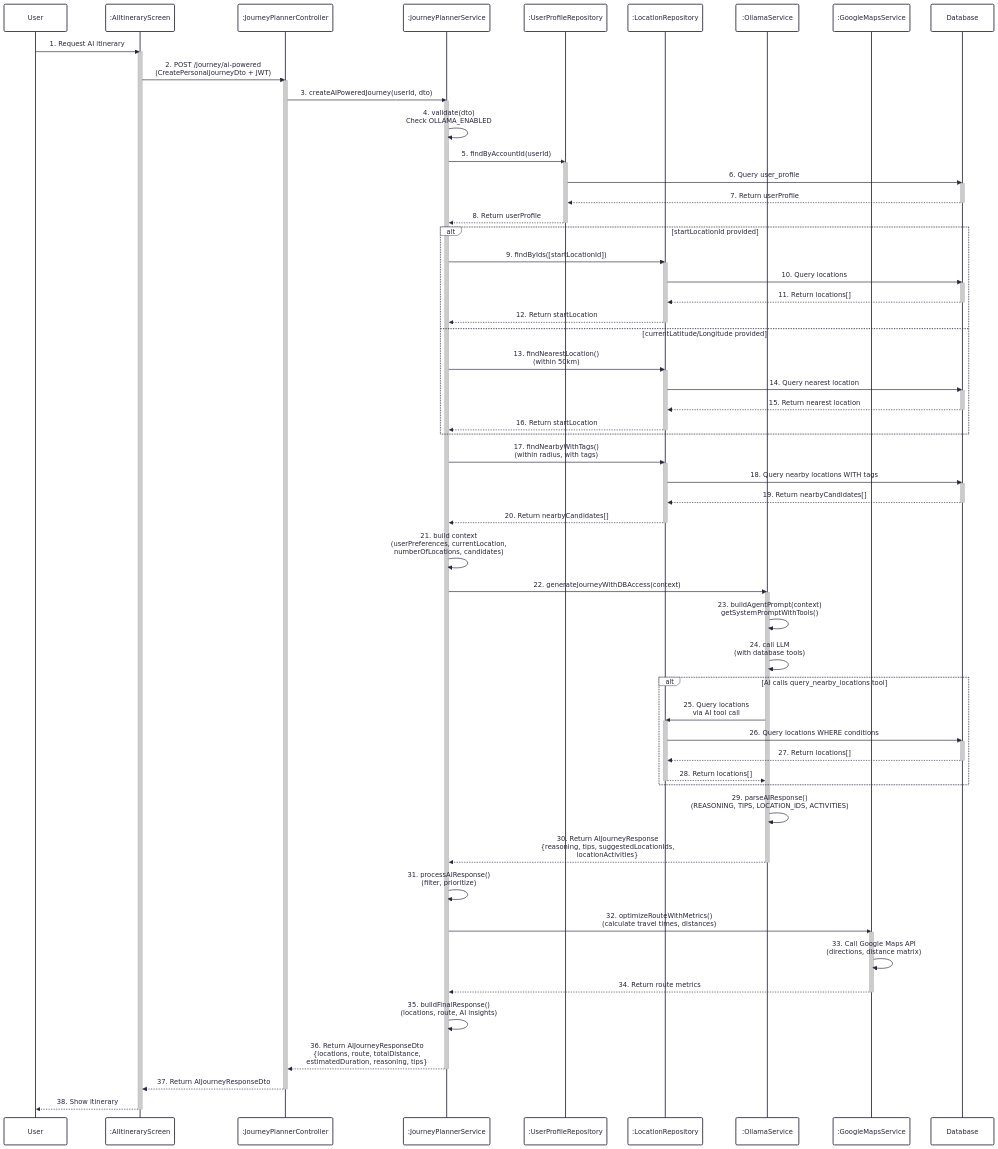
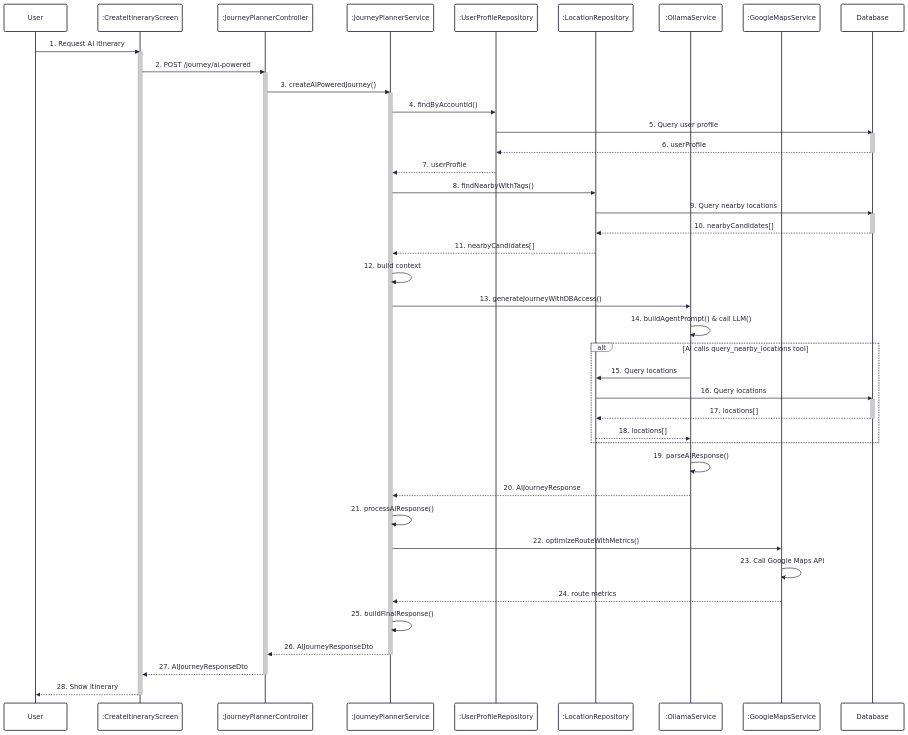
One commit to UrbanLens-2025/urban-lens_server changed the first of 2 diagrams in docs/sequence/19-ai-create-itinerary.md. Above: the diagram before and after it, drawn with Mermaid. The commit also changed 8 other files, not shown here.

First line of the commit message:
Add database descriptions and update sequence diagrams for user interactions

````diff
--- a/docs/sequence/19-ai-create-itinerary.md
+++ b/docs/sequence/19-ai-create-itinerary.md
@@ -6,7 +6,7 @@
 ---
 sequenceDiagram
     participant User
-    participant AIItineraryScreen as :AIItineraryScreen
+    participant Screen as :CreateItineraryScreen
     participant JourneyController as :JourneyPlannerController
     participant JourneyService as :JourneyPlannerService
     participant UserProfileRepo as :UserProfileRepository
@@ -15,93 +15,56 @@
     participant GoogleMapsService as :GoogleMapsService
     participant Database
 
-    User->>AIItineraryScreen: 1. Request AI itinerary
-    activate AIItineraryScreen
-    AIItineraryScreen->>JourneyController: 2. POST /journey/ai-powered<br/>(CreatePersonalJourneyDto + JWT)
+    User->>Screen: 1. Request AI itinerary
+    activate Screen
+    Screen->>JourneyController: 2. POST /journey/ai-powered
     activate JourneyController
-    JourneyController->>JourneyService: 3. createAIPoweredJourney(userId, dto)
+    JourneyController->>JourneyService: 3. createAIPoweredJourney()
     activate JourneyService
 
-    JourneyService->>JourneyService: 4. validate(dto)<br/>Check OLLAMA_ENABLED
+    JourneyService->>UserProfileRepo: 4. findByAccountId()
+    UserProfileRepo->>Database: 5. Query user profile
+    activate Database
+    Database-->>UserProfileRepo: 6. userProfile
+    deactivate Database
+    UserProfileRepo-->>JourneyService: 7. userProfile
 
-    JourneyService->>UserProfileRepo: 5. findByAccountId(userId)
-    activate UserProfileRepo
-    UserProfileRepo->>Database: 6. Query user_profile
+    JourneyService->>LocationRepo: 8. findNearbyWithTags()
+    LocationRepo->>Database: 9. Query nearby locations
     activate Database
-    Database-->>UserProfileRepo: 7. Return userProfile
+    Database-->>LocationRepo: 10. nearbyCandidates[]
     deactivate Database
-    UserProfileRepo-->>JourneyService: 8. Return userProfile
-    deactivate UserProfileRepo
+    LocationRepo-->>JourneyService: 11. nearbyCandidates[]
 
-    alt startLocationId provided
-        JourneyService->>LocationRepo: 9. findByIds([startLocationId])
-        activate LocationRepo
-        LocationRepo->>Database: 10. Query locations
+    JourneyService->>JourneyService: 12. build context
+
+    JourneyService->>OllamaService: 13. generateJourneyWithDBAccess()
+    OllamaService->>OllamaService: 14. buildAgentPrompt() & call LLM()
+
+    alt AI calls query_nearby_locations tool
+        OllamaService->>LocationRepo: 15. Query locations
+        LocationRepo->>Database: 16. Query locations
         activate Database
-        Database-->>LocationRepo: 11. Return locations[]
+        Database-->>LocationRepo: 17. locations[]
         deactivate Database
-        LocationRepo-->>JourneyService: 12. Return startLocation
-        deactivate LocationRepo
-    else currentLatitude/Longitude provided
-        JourneyService->>LocationRepo: 13. findNearestLocation()<br/>(within 50km)
-        activate LocationRepo
-        LocationRepo->>Database: 14. Query nearest location
-        activate Database
-        Database-->>LocationRepo: 15. Return nearest location
-        deactivate Database
-        LocationRepo-->>JourneyService: 16. Return startLocation
-        deactivate LocationRepo
+        LocationRepo-->>OllamaService: 18. locations[]
     end
 
-    JourneyService->>LocationRepo: 17. findNearbyWithTags()<br/>(within radius, with tags)
-    activate LocationRepo
-    LocationRepo->>Database: 18. Query nearby locations WITH tags
-    activate Database
-    Database-->>LocationRepo: 19. Return nearbyCandidates[]
-    deactivate Database
-    LocationRepo-->>JourneyService: 20. Return nearbyCandidates[]
-    deactivate LocationRepo
+    OllamaService->>OllamaService: 19. parseAIResponse()
+    OllamaService-->>JourneyService: 20. AIJourneyResponse
 
-    JourneyService->>JourneyService: 21. build context<br/>(userPreferences, currentLocation,<br/>numberOfLocations, candidates)
+    JourneyService->>JourneyService: 21. processAIResponse()
 
-    JourneyService->>OllamaService: 22. generateJourneyWithDBAccess(context)
-    activate OllamaService
+    JourneyService->>GoogleMapsService: 22. optimizeRouteWithMetrics()
+    GoogleMapsService->>GoogleMapsService: 23. Call Google Maps API
+    GoogleMapsService-->>JourneyService: 24. route metrics
 
+    JourneyService->>JourneyService: 25. buildFinalResponse()
 
-    OllamaService->>OllamaService: 23. buildAgentPrompt(context)<br/>getSystemPromptWithTools()
-
-    OllamaService->>OllamaService: 24. call LLM<br/>(with database tools)
-
-    alt AI calls query_nearby_locations tool
-        OllamaService->>LocationRepo: 25. Query locations<br/>via AI tool call
-        activate LocationRepo
-        LocationRepo->>Database: 26. Query locations WHERE conditions
-        activate Database
-        Database-->>LocationRepo: 27. Return locations[]
-        deactivate Database
-        LocationRepo-->>OllamaService: 28. Return locations[]
-        deactivate LocationRepo
-    end
-
-    OllamaService->>OllamaService: 29. parseAIResponse()<br/>(REASONING, TIPS, LOCATION_IDS, ACTIVITIES)
-
-    OllamaService-->>JourneyService: 30. Return AIJourneyResponse<br/>{reasoning, tips, suggestedLocationIds,<br/>locationActivities}
-    deactivate OllamaService
-
-    JourneyService->>JourneyService: 31. processAIResponse()<br/>(filter, prioritize)
-
-    JourneyService->>GoogleMapsService: 32. optimizeRouteWithMetrics()<br/>(calculate travel times, distances)
-    activate GoogleMapsService
-    GoogleMapsService->>GoogleMapsService: 33. Call Google Maps API<br/>(directions, distance matrix)
-    GoogleMapsService-->>JourneyService: 34. Return route metrics
-    deactivate GoogleMapsService
-
-    JourneyService->>JourneyService: 35. buildFinalResponse()<br/>(locations, route, AI insights)
-
-    JourneyService-->>JourneyController: 36. Return AIJourneyResponseDto<br/>{locations, route, totalDistance,<br/>estimatedDuration, reasoning, tips}
+    JourneyService-->>JourneyController: 26. AIJourneyResponseDto
     deactivate JourneyService
-    JourneyController-->>AIItineraryScreen: 37. Return AIJourneyResponseDto
+    JourneyController-->>Screen: 27. AIJourneyResponseDto
     deactivate JourneyController
-    AIItineraryScreen-->>User: 38. Show itinerary
-    deactivate AIItineraryScreen
+    Screen-->>User: 28. Show itinerary
+    deactivate Screen
 ```
````
